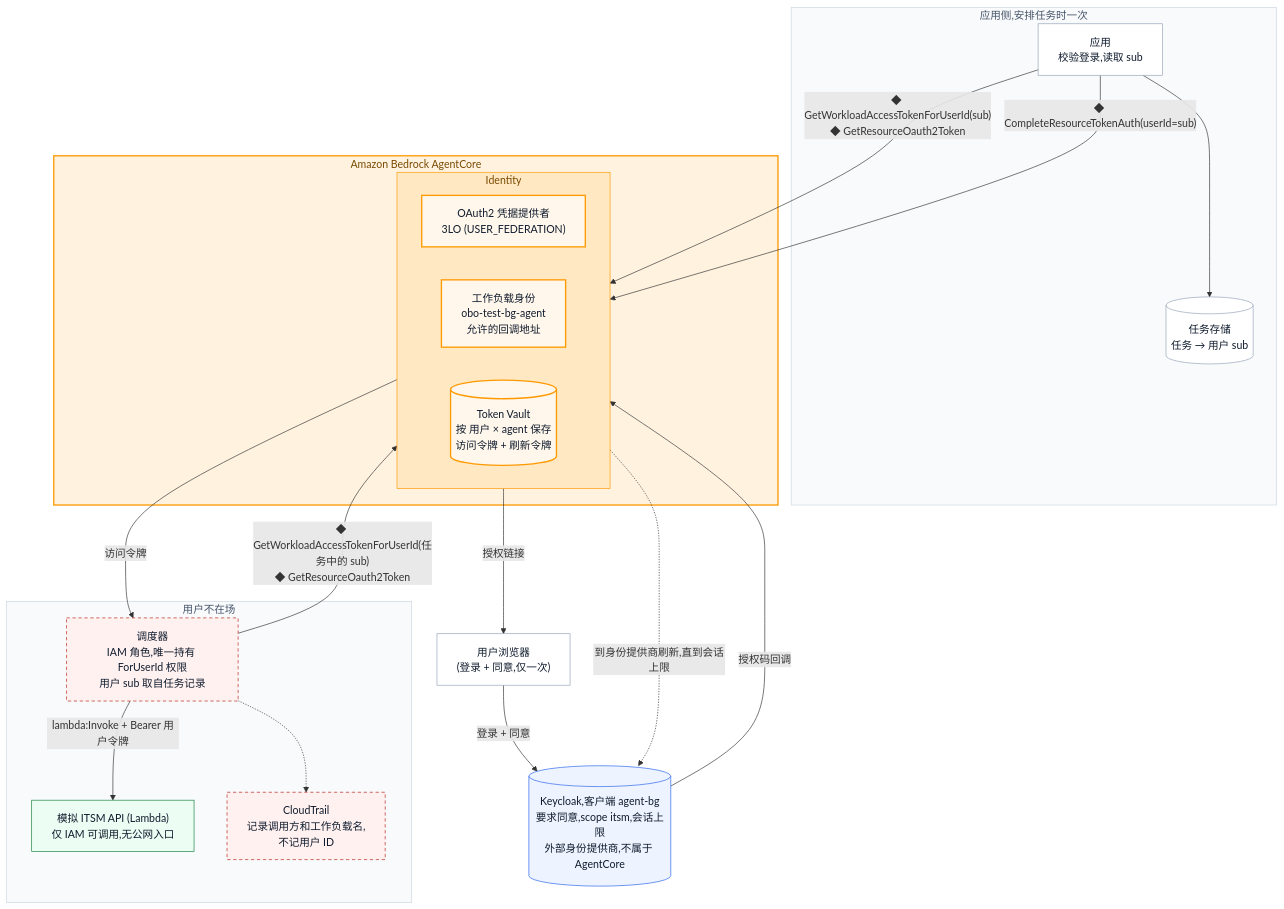
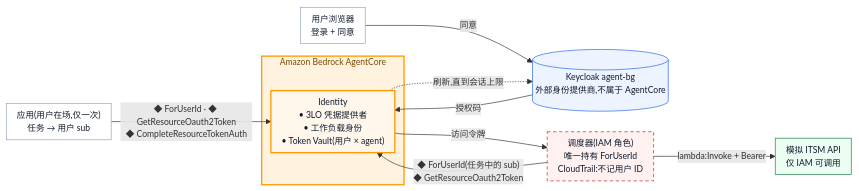
One commit to zanbei/agentcore-delegated-auth-poc changed the second of 2 diagrams in README.zh-CN.md. Above: the diagram before and after it, drawn with Mermaid. The commit also changed other lines of this file and 5 other files, not shown here.

Commit message:
Make architecture diagrams compact

````diff
--- a/README.zh-CN.md
+++ b/README.zh-CN.md
@@ -45,47 +46,25 @@
 ```mermaid
-flowchart TB
-    U2["用户浏览器<br/>(登录 + 同意,仅一次)"]
-    subgraph setup["应用侧,安排任务时一次"]
-        APP["应用<br/>校验登录,读取 sub"]
-        T[("任务存储<br/>任务 → 用户 sub")]
+%%{init: {"flowchart": {"nodeSpacing": 18, "rankSpacing": 28, "padding": 8}, "themeVariables": {"fontSize": "13px"}}}%%
+flowchart LR
+    APP["应用(用户在场,仅一次)<br/>任务 → 用户 sub"] -->|"◆ ForUserId · ◆ GetResourceOauth2Token<br/>◆ CompleteResourceTokenAuth"| ID
+    subgraph AC["Amazon Bedrock AgentCore"]
+        ID["Identity<br/>• 3LO 凭据提供者<br/>• 工作负载身份<br/>• Token Vault(用户 × agent)"]
     end
-    subgraph AC["Amazon Bedrock AgentCore"]
-        subgraph ID["Identity"]
-            direction LR
-            CP["OAuth2 凭据提供者<br/>3LO (USER_FEDERATION)"]
-            WI["工作负载身份<br/>obo-test-bg-agent<br/>允许的回调地址"]
-            V[("Token Vault<br/>按 用户 × agent 保存<br/>访问令牌 + 刷新令牌")]
-        end
-    end
-    K2[("Keycloak,客户端 agent-bg<br/>要求同意,scope itsm,会话上限<br/>外部身份提供商,不属于 AgentCore")]
-    subgraph absent["用户不在场"]
-        S["调度器<br/>IAM 角色,唯一持有 ForUserId 权限<br/>用户 sub 取自任务记录"]
-        D2["模拟 ITSM API (Lambda)<br/>仅 IAM 可调用,无公网入口"]
-        CT["CloudTrail<br/>记录调用方和工作负载名,<br/>不记用户 ID"]
-    end
-    APP -->|"◆ GetWorkloadAccessTokenForUserId(sub)<br/>◆ GetResourceOauth2Token"| CP
-    CP -->|"授权链接"| U2
-    U2 -->|"登录 + 同意"| K2
-    K2 -->|"授权码回调"| V
-    APP -->|"◆ CompleteResourceTokenAuth(userId=sub)"| V
-    APP --> T
-    S -->|"◆ GetWorkloadAccessTokenForUserId(任务中的 sub)<br/>◆ GetResourceOauth2Token"| V
-    V -->|"访问令牌"| S
-    V -.->|"到身份提供商刷新,直到会话上限"| K2
-    S -->|"lambda:Invoke + Bearer 用户令牌"| D2
-    S -.-> CT
+    B["用户浏览器<br/>登录 + 同意"] -->|"同意"| K[("Keycloak agent-bg<br/>外部身份提供商,不属于 AgentCore")]
+    K -->|"授权码"| ID
+    ID -.->|"刷新,直到会话上限"| K
+    S["调度器(IAM 角色)<br/>唯一持有 ForUserId<br/>CloudTrail:不记用户 ID"] -->|"◆ ForUserId(任务中的 sub)<br/>◆ GetResourceOauth2Token"| ID
+    ID -->|"访问令牌"| S
+    S -->|"lambda:Invoke + Bearer"| D["模拟 ITSM API<br/>仅 IAM 可调用"]
     classDef agentcore fill:#fff7eb,stroke:#ff9900,stroke-width:2px,color:#0f1b2d
     classDef idp fill:#eef4ff,stroke:#2563eb,color:#0f1b2d
     classDef app fill:#ffffff,stroke:#94a3b8,color:#0f1b2d
     classDef down fill:#ecfdf3,stroke:#15803d,color:#0f1b2d
     classDef risk fill:#fff1f0,stroke:#b42318,stroke-dasharray:5 4,color:#0f1b2d
-    class CP,WI,V agentcore
-    class K2 idp
-    class U2,APP,T app
-    class D2 down
-    class S,CT risk
     style AC fill:#fff3e0,stroke:#ff9900,stroke-width:2px,color:#7a4a00
-    style ID fill:#ffe8c2,stroke:#ff9900,color:#7a4a00
-    style setup fill:#f8fafc,stroke:#cbd5e1,color:#475569
-    style absent fill:#f8fafc,stroke:#cbd5e1,color:#475569
+    class ID agentcore
+    class K idp
+    class APP,B app
+    class D down
+    class S risk
 ```
````
